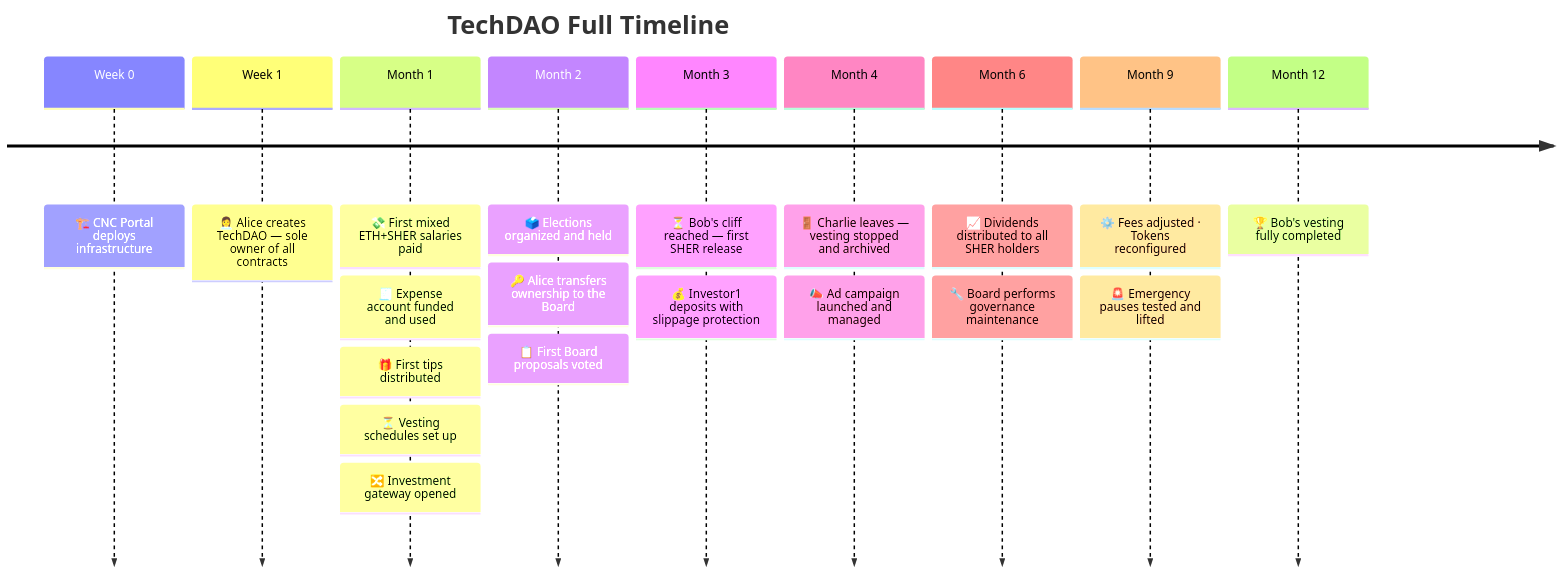
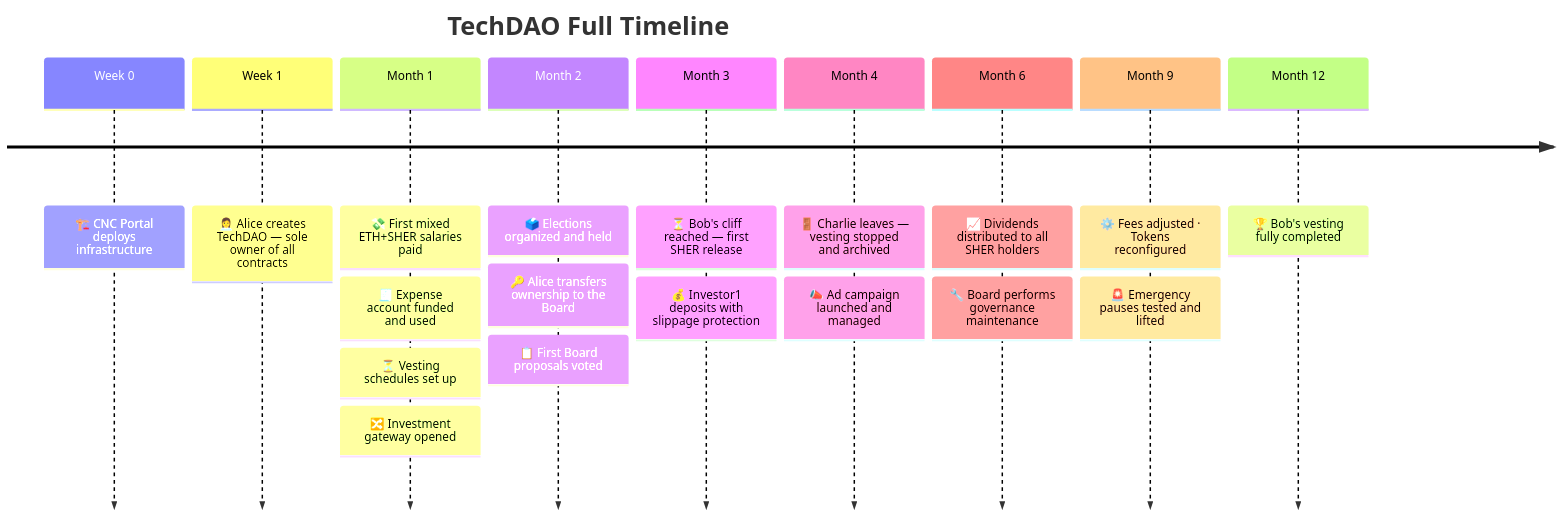
The second of 35 diagrams in contract/SCENARIO_COMPLET.md (globe-and-citizen/cnc-portal), drawn with Mermaid before and after one commit. The commit also changed other lines of this file and 56 other files, not shown here.

````diff
--- a/contract/SCENARIO_COMPLET.md
+++ b/contract/SCENARIO_COMPLET.md
@@ -62,23 +61,22 @@
 ```mermaid
 timeline
     title TechDAO Full Timeline
     Week 0   : 🏗️ CNC Portal deploys infrastructure
     Week 1   : 👩‍💼 Alice creates TechDAO — sole owner of all contracts
     Month 1  : 💸 First mixed ETH+SHER salaries paid
              : 🧾 Expense account funded and used
-             : 🎁 First tips distributed
              : ⏳ Vesting schedules set up
              : 🔀 Investment gateway opened
     Month 2  : 🗳️ Elections organized and held
              : 🔑 Alice transfers ownership to the Board
              : 📋 First Board proposals voted
     Month 3  : ⏳ Bob's cliff reached — first SHER release
              : 💰 Investor1 deposits with slippage protection
     Month 4  : 🚪 Charlie leaves — vesting stopped and archived
              : 📣 Ad campaign launched and managed
     Month 6  : 📈 Dividends distributed to all SHER holders
              : 🔧 Board performs governance maintenance
     Month 9  : ⚙️ Fees adjusted · Tokens reconfigured
              : 🚨 Emergency pauses tested and lifted
     Month 12 : 🏆 Bob's vesting fully completed
 ```
````
